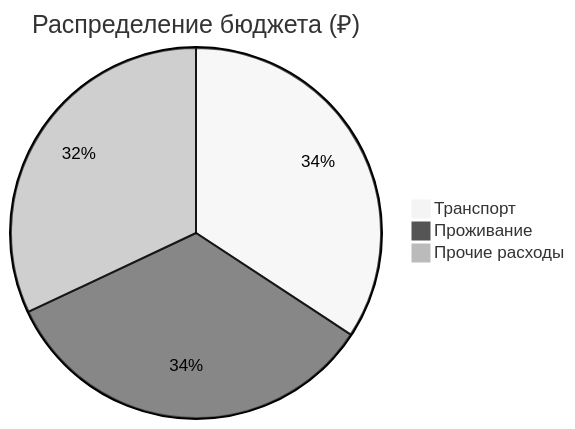
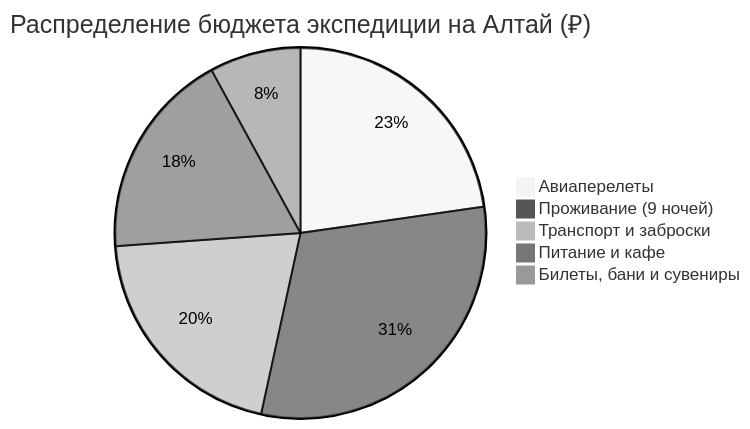
One commit to injurka/obsidian-mark changed the diagram in Personal Note/Travel/-- Altai/04 - Финансы/Финансы.md. Above: the diagram before and after it, drawn with Mermaid (neutral theme). The commit also changed other lines of this file and 1014 other files, not shown here.

````diff
--- a/Personal Note/Travel/-- Altai/04 - Финансы/Финансы.md
+++ b/Personal Note/Travel/-- Altai/04 - Финансы/Финансы.md
@@ -9,6 +10,8 @@
 ```mermaid
-pie title Распределение бюджета (₽)
-    "Транспорт" : 27400
-    "Проживание" : 27000
-    "Прочие расходы" : 25600
+pie title Распределение бюджета экспедиции на Алтай (₽)
+    "Авиаперелеты" : 20000
+    "Проживание (9 ночей)" : 27000
+    "Транспорт и заброски" : 18000
+    "Питание и кафе" : 16000
+    "Билеты, бани и сувениры" : 7000
 ```
````
